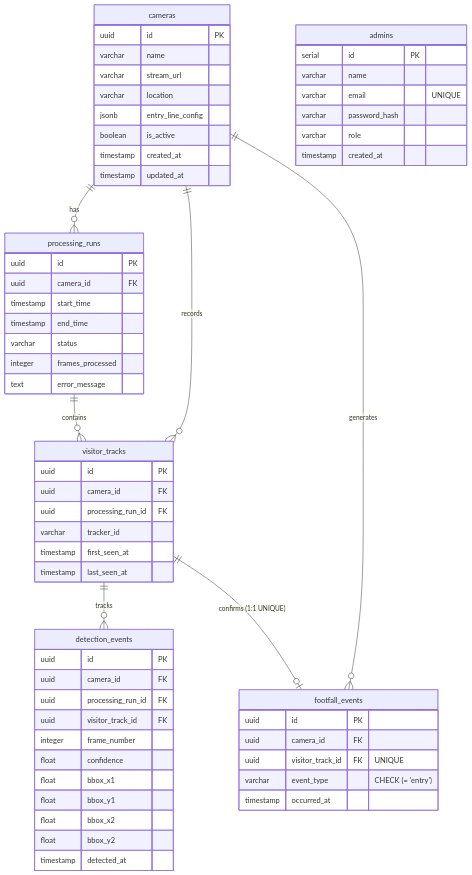
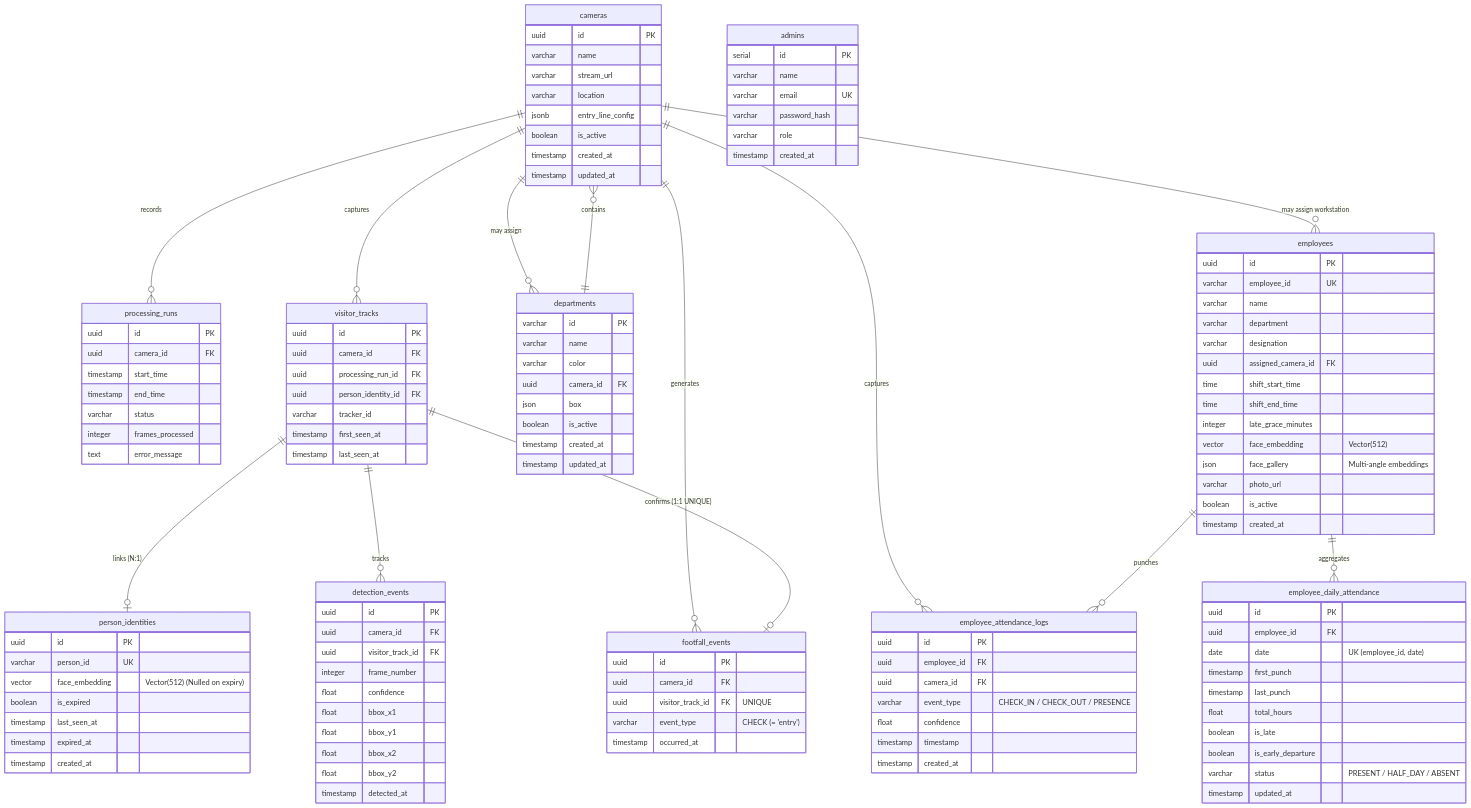
Before and after one commit to sujitctpl/jms-tech: the fourth of 4 diagrams in flow.md, drawn with Mermaid. The commit also changed other lines of this file and 2 other files, not shown here.

Commit message:
updated readme and flow.md files

````diff
--- a/flow.md
+++ b/flow.md
@@ -212,9 +237,18 @@
 ```mermaid
 erDiagram
-    cameras ||--o{ processing_runs : "has"
-    cameras ||--o{ visitor_tracks : "records"
+    cameras ||--o{ processing_runs : "records"
+    cameras ||--o{ visitor_tracks : "captures"
     cameras ||--o{ footfall_events : "generates"
-    processing_runs ||--o{ visitor_tracks : "contains"
+    cameras ||--o{ departments : "may assign"
+    cameras ||--o{ employees : "may assign workstation"
+    cameras ||--o{ employee_attendance_logs : "captures"
+
+    departments ||--o{ cameras : "contains"
+    
+    employees ||--o{ employee_attendance_logs : "punches"
+    employees ||--o{ employee_daily_attendance : "aggregates"
+    
+    visitor_tracks ||--o| person_identities : "links (N:1)"
     visitor_tracks ||--o{ detection_events : "tracks"
     visitor_tracks ||--o| footfall_events : "confirms (1:1 UNIQUE)"
 
@@ -229,6 +263,98 @@
         timestamp updated_at
     }
 
+    departments {
+        varchar id PK
+        varchar name
+        varchar color
+        uuid camera_id FK
+        json box
+        boolean is_active
+        timestamp created_at
+        timestamp updated_at
+    }
+
+    employees {
+        uuid id PK
+        varchar employee_id UK
+        varchar name
+        varchar department
+        varchar designation
+        uuid assigned_camera_id FK
+        time shift_start_time
+        time shift_end_time
+        integer late_grace_minutes
+        vector face_embedding "Vector(512)"
+        json face_gallery "Multi-angle embeddings"
+        varchar photo_url
+        boolean is_active
+        timestamp created_at
+    }
+
+    employee_attendance_logs {
+        uuid id PK
+        uuid employee_id FK
+        uuid camera_id FK
+        varchar event_type "CHECK_IN / CHECK_OUT / PRESENCE"
+        float confidence
+        timestamp timestamp
+        timestamp created_at
+    }
+
+    employee_daily_attendance {
+        uuid id PK
+        uuid employee_id FK
+        date date "UK (employee_id, date)"
+        timestamp first_punch
+        timestamp last_punch
+        float total_hours
+        boolean is_late
+        boolean is_early_departure
+        varchar status "PRESENT / HALF_DAY / ABSENT"
+        timestamp updated_at
+    }
+
+    person_identities {
+        uuid id PK
+        varchar person_id UK
+        vector face_embedding "Vector(512) (Nulled on expiry)"
+        boolean is_expired
+        timestamp last_seen_at
+        timestamp expired_at
+        timestamp created_at
+    }
+
+    visitor_tracks {
+        uuid id PK
+        uuid camera_id FK
+        uuid processing_run_id FK
+        uuid person_identity_id FK
+        varchar tracker_id
+        timestamp first_seen_at
+        timestamp last_seen_at
+    }
+
+    footfall_events {
+        uuid id PK
+        uuid camera_id FK
+        uuid visitor_track_id FK "UNIQUE"
+        varchar event_type "CHECK (= 'entry')"
+        timestamp occurred_at
+    }
+
+    detection_events {
+        uuid id PK
+        uuid camera_id FK
+        uuid visitor_track_id FK
+        integer frame_number
+        float confidence
+        float bbox_x1
+        float bbox_y1
+        float bbox_x2
+        float bbox_y2
+        timestamp detected_at
+    }
+
     processing_runs {
         uuid id PK
         uuid camera_id FK
@@ -239,41 +365,10 @@
         text error_message
     }
 
-    visitor_tracks {
-        uuid id PK
-        uuid camera_id FK
-        uuid processing_run_id FK
-        varchar tracker_id
-        timestamp first_seen_at
-        timestamp last_seen_at
-    }
-
-    detection_events {
-        uuid id PK
-        uuid camera_id FK
-        uuid processing_run_id FK
-        uuid visitor_track_id FK
-        integer frame_number
-        float confidence
-        float bbox_x1
-        float bbox_y1
-        float bbox_x2
-        float bbox_y2
-        timestamp detected_at
-    }
-
-    footfall_events {
-        uuid id PK
-        uuid camera_id FK
-        uuid visitor_track_id FK "UNIQUE"
-        varchar event_type "CHECK (= 'entry')"
-        timestamp occurred_at
-    }
-
     admins {
         serial id PK
         varchar name
-        varchar email "UNIQUE"
+        varchar email UK
         varchar password_hash
         varchar role
         timestamp created_at
````
